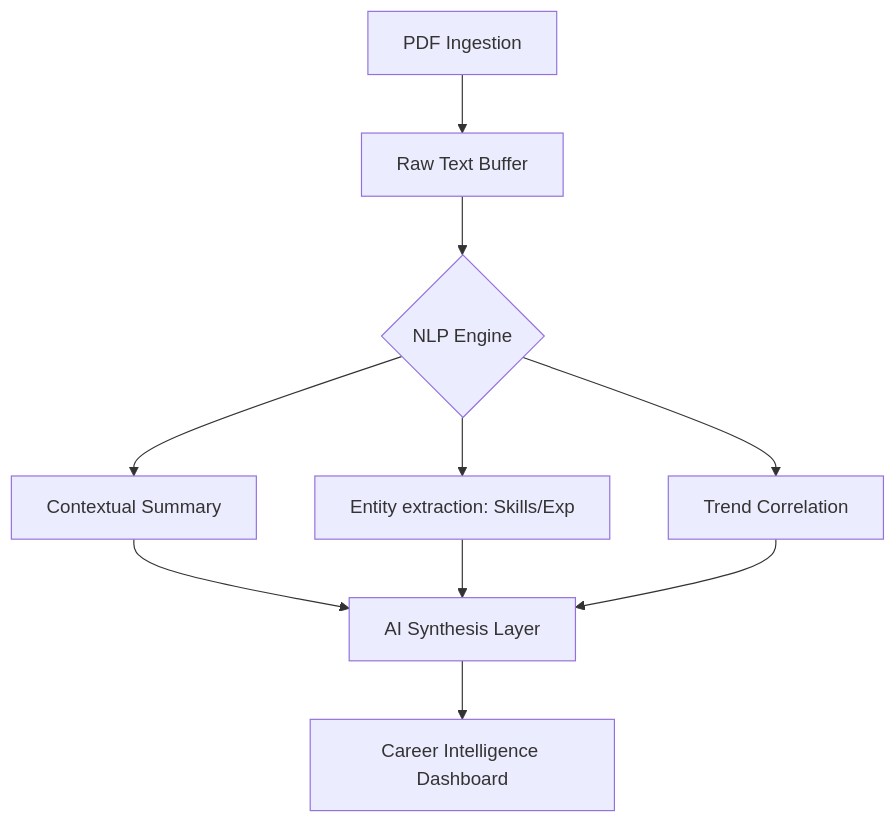
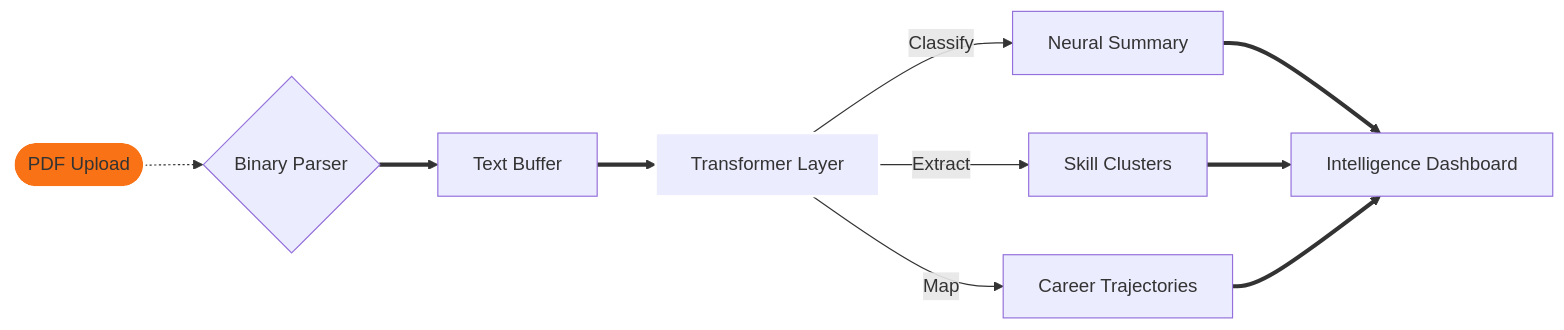
One commit to SubashSK777/SkillMatch-AI_Resume_Analyzer changed the diagram in README.md. Above: the diagram before and after it, drawn with Mermaid. The commit also changed other lines of this file and 1 other file, not shown here.

Commit message:
Neural Interface Upgrade: Replaced static elements with Canvas-based neural network footer, stabilized README assets, and re-aligned project branding with high-tech AI/ML focus.

````diff
--- a/README.md
+++ b/README.md
@@ -62,10 +50,13 @@
 ```mermaid
-graph TD
-    A[PDF Ingestion] --> B[Raw Text Buffer]
-    B --> C{NLP Engine}
-    C --> D[Contextual Summary]
-    C --> E[Entity extraction: Skills/Exp]
-    C --> F[Trend Correlation]
-    D & E & F --> G[AI Synthesis Layer]
-    G --> H[Career Intelligence Dashboard]
+graph LR
+    User([PDF Upload]) -.-> Parsing{Binary Parser}
+    Parsing ==> Raw[Text Buffer]
+    Raw ==> NLPEngine[Transformer Layer]
+    NLPEngine -- Classify --> Summary[Neural Summary]
+    NLPEngine -- Extract --> Skills[Skill Clusters]
+    NLPEngine -- Map --> Paths[Career Trajectories]
+    Summary & Skills & Paths ==> UI[Intelligence Dashboard]
+    
+    style User fill:#f97316,stroke:#fff,stroke-width:2px
+    style NLPEngine fill:#blueviolet,stroke:#fff,stroke-width:2px
 ```
````
